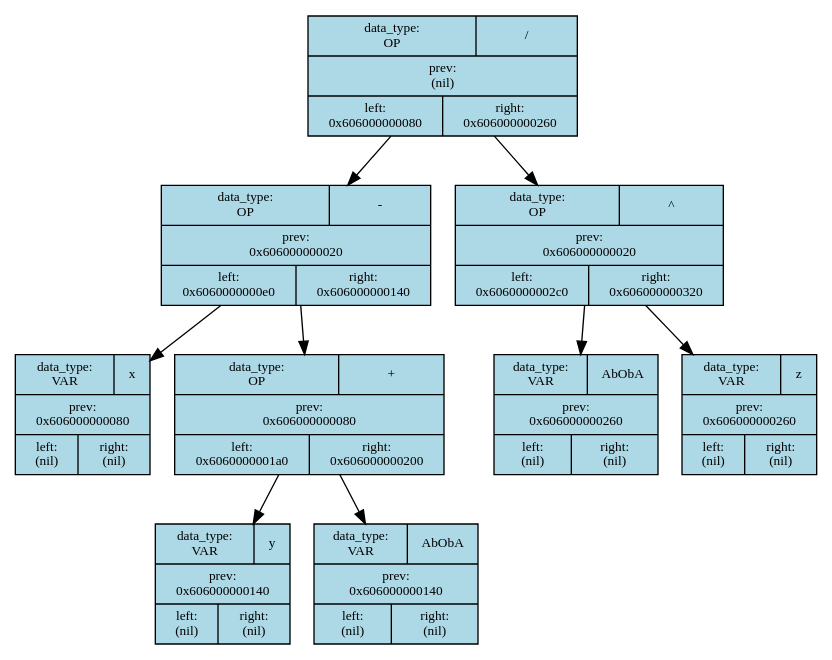
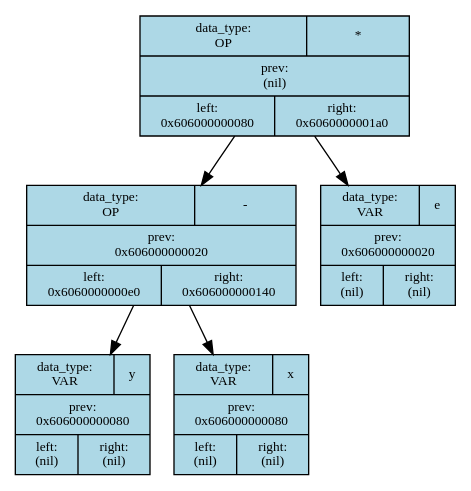
Before and after one commit to VladZg/Differentiator: the diagram in TreeDump/TextForTreeDump.dot, drawn with Graphviz. The commit also changed 15 other files, not shown here.

```diff
--- a/TreeDump/TextForTreeDump.dot
+++ b/TreeDump/TextForTreeDump.dot
@@ -1,22 +1,14 @@
 digraph G{
     rankdir = TB;
     edge[ colour = black ];
     node[ colour = black, shape = rectangle, fontsize = 10 ];
-    node5 [shape = record, style = filled, fillcolor = lightblue, label = "{{ <data_type> data_type:\n OP | <data> / } | <prev> prev:\n(nil) | { <left> left:\n0x606000000080 | <right> right:\n0x606000000260 }}"];
+    node3 [shape = record, style = filled, fillcolor = lightblue, label = "{{ <data_type> data_type:\n OP | <data> * } | <prev> prev:\n(nil) | { <left> left:\n0x606000000080 | <right> right:\n0x6060000001a0 }}"];
     node1 [shape = record, style = filled, fillcolor = lightblue, label = "{{ <data_type> data_type:\n OP | <data> - } | <prev> prev:\n0x606000000020 | { <left> left:\n0x6060000000e0 | <right> right:\n0x606000000140 }}"];
-    node0 [shape = record, style = filled, fillcolor = lightblue, label = "{{ <data_type> data_type:\n VAR | <data> x } | <prev> prev:\n0x606000000080 | { <left> left:\n(nil) | <right> right:\n(nil) }}"];
-    node3 [shape = record, style = filled, fillcolor = lightblue, label = "{{ <data_type> data_type:\n OP | <data> + } | <prev> prev:\n0x606000000080 | { <left> left:\n0x6060000001a0 | <right> right:\n0x606000000200 }}"];
-    node2 [shape = record, style = filled, fillcolor = lightblue, label = "{{ <data_type> data_type:\n VAR | <data> y } | <prev> prev:\n0x606000000140 | { <left> left:\n(nil) | <right> right:\n(nil) }}"];
-    node4 [shape = record, style = filled, fillcolor = lightblue, label = "{{ <data_type> data_type:\n VAR | <data> AbObA } | <prev> prev:\n0x606000000140 | { <left> left:\n(nil) | <right> right:\n(nil) }}"];
-    node7 [shape = record, style = filled, fillcolor = lightblue, label = "{{ <data_type> data_type:\n OP | <data> ^ } | <prev> prev:\n0x606000000020 | { <left> left:\n0x6060000002c0 | <right> right:\n0x606000000320 }}"];
-    node6 [shape = record, style = filled, fillcolor = lightblue, label = "{{ <data_type> data_type:\n VAR | <data> AbObA } | <prev> prev:\n0x606000000260 | { <left> left:\n(nil) | <right> right:\n(nil) }}"];
-    node8 [shape = record, style = filled, fillcolor = lightblue, label = "{{ <data_type> data_type:\n VAR | <data> z } | <prev> prev:\n0x606000000260 | { <left> left:\n(nil) | <right> right:\n(nil) }}"];
-    node5 -> node1;
+    node0 [shape = record, style = filled, fillcolor = lightblue, label = "{{ <data_type> data_type:\n VAR | <data> y } | <prev> prev:\n0x606000000080 | { <left> left:\n(nil) | <right> right:\n(nil) }}"];
+    node2 [shape = record, style = filled, fillcolor = lightblue, label = "{{ <data_type> data_type:\n VAR | <data> x } | <prev> prev:\n0x606000000080 | { <left> left:\n(nil) | <right> right:\n(nil) }}"];
+    node4 [shape = record, style = filled, fillcolor = lightblue, label = "{{ <data_type> data_type:\n VAR | <data> e } | <prev> prev:\n0x606000000020 | { <left> left:\n(nil) | <right> right:\n(nil) }}"];
+    node3 -> node1;
     node1 -> node0;
-    node3 -> node2;
+    node1 -> node2;
     node3 -> node4;
-    node1 -> node3;
-    node7 -> node6;
-    node7 -> node8;
-    node5 -> node7;
 }
```
